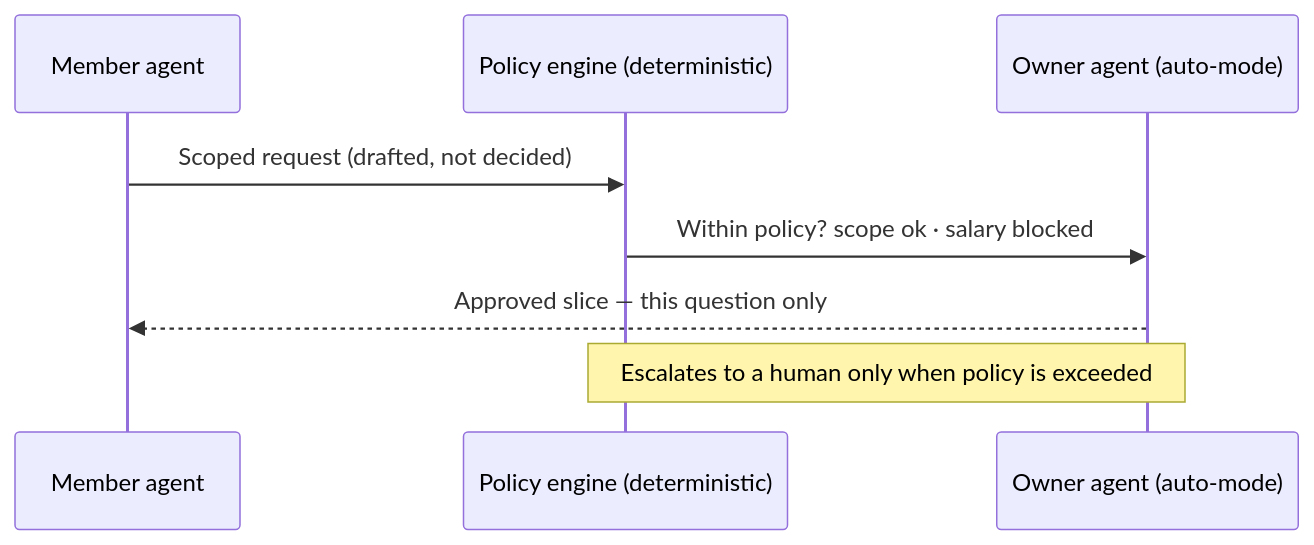
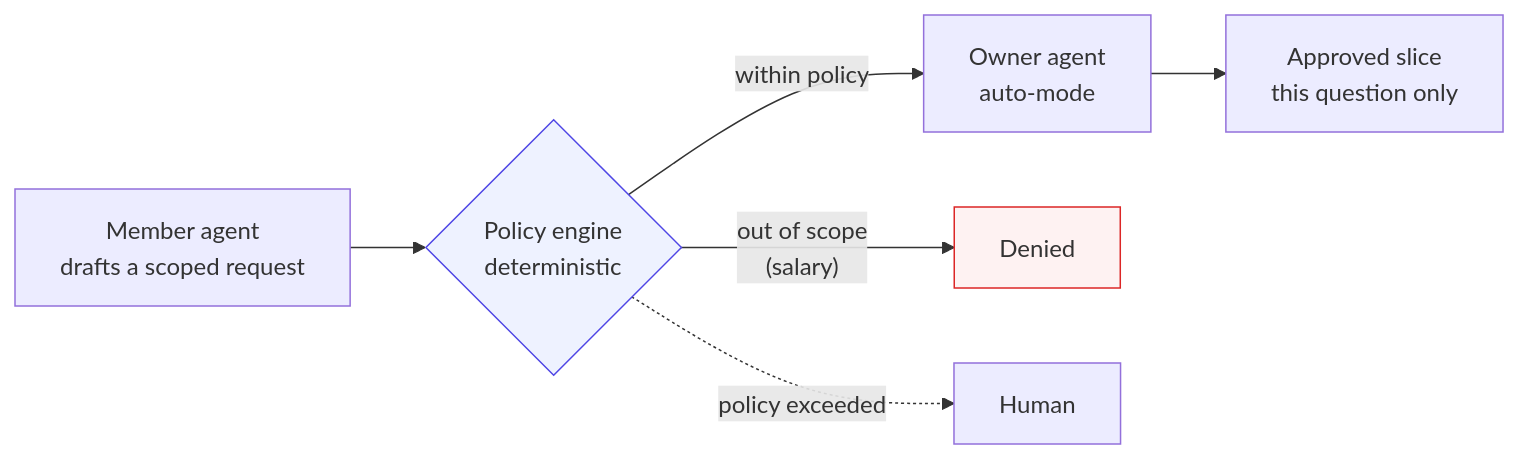
One commit to fractalboxdev/superai2026 changed the first of 3 diagrams in slides/slides.md. Above: the diagram before and after it, drawn with Mermaid. The commit also changed other lines of this file and 1 other file, not shown here.

Commit message:
docs(slides): storyboard slides, BYOC slide with sample topology, architecture diagram on slide 6

````diff
--- a/slides/slides.md
+++ b/slides/slides.md
@@ -162,10 +205,10 @@
 ```mermaid
-sequenceDiagram
-    participant A as Member agent
-    participant P as Policy engine (deterministic)
-    participant O as Owner agent (auto-mode)
-    A->>P: Scoped request (drafted, not decided)
-    P->>O: Within policy? scope ok · salary blocked
-    O-->>A: Approved slice — this question only
-    Note over P,O: Escalates to a human only when policy is exceeded
+flowchart LR
+    A["Member agent<br/>drafts a scoped request"] --> P{"Policy engine<br/>deterministic"}
+    P -->|within policy| O["Owner agent<br/>auto-mode"]
+    O --> S["Approved slice<br/>this question only"]
+    P -->|"out of scope<br/>(salary)"| D["Denied"]
+    P -.->|policy exceeded| H["Human"]
+    style P fill:#eef2ff,stroke:#4f46e5
+    style D fill:#fef2f2,stroke:#dc2626
 ```
````
